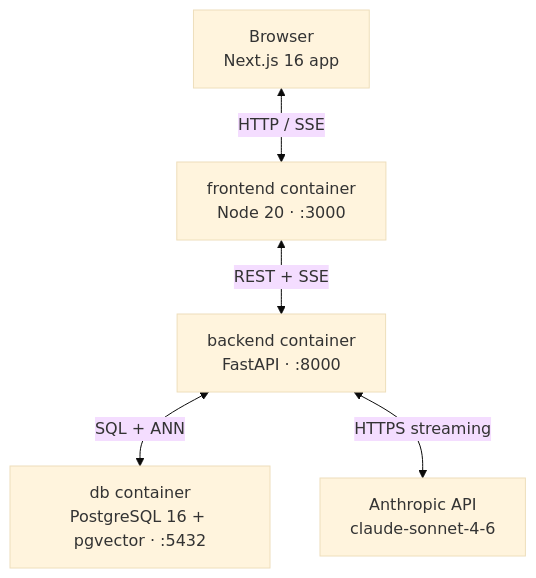
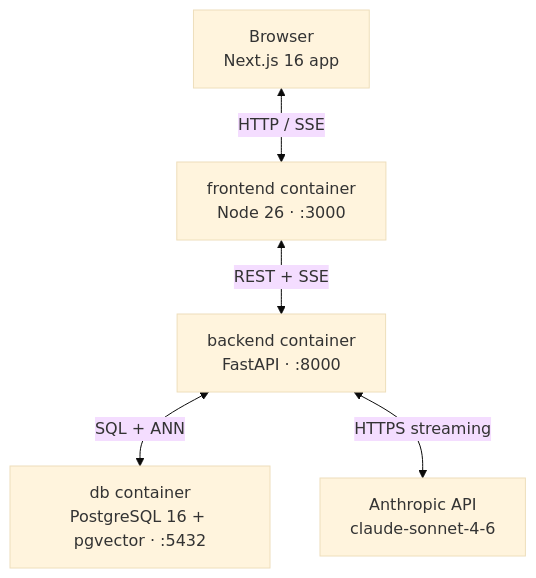
One commit to Koi725/career-intelligence-assistant changed the first of 2 diagrams in README.md. Above: the diagram before and after it, drawn with Mermaid (base theme). The commit also changed other lines of this file, not shown here.

````diff
--- a/README.md
+++ b/README.md
@@ -56,13 +27,13 @@
 ```mermaid
 graph TD
     Browser["Browser\nNext.js 16 app"]
-    Frontend["frontend container\nNode 20 · :3000"]
+    Frontend["frontend container\nNode 26 · :3000"]
     Backend["backend container\nFastAPI · :8000"]
     DB["db container\nPostgreSQL 16 + pgvector · :5432"]
     Claude["Anthropic API\nclaude-sonnet-4-6"]
 
     Browser <-->|"HTTP / SSE"| Frontend
     Frontend <-->|"REST + SSE"| Backend
     Backend <-->|"SQL + ANN"| DB
     Backend <-->|"HTTPS streaming"| Claude
 ```
````
